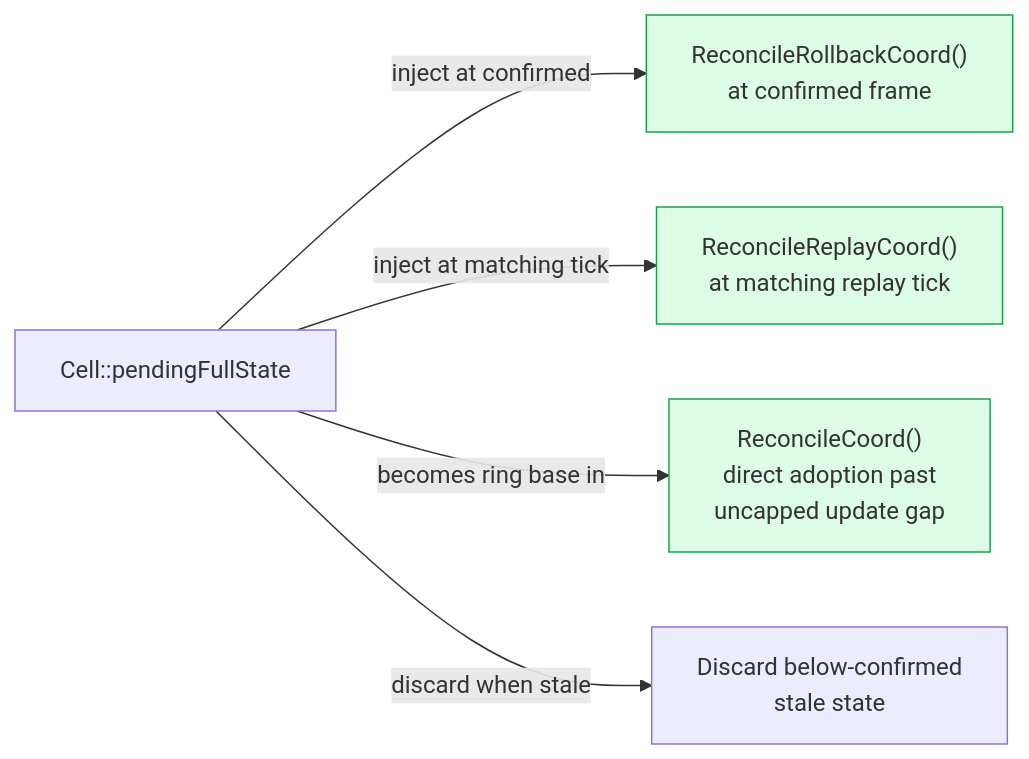
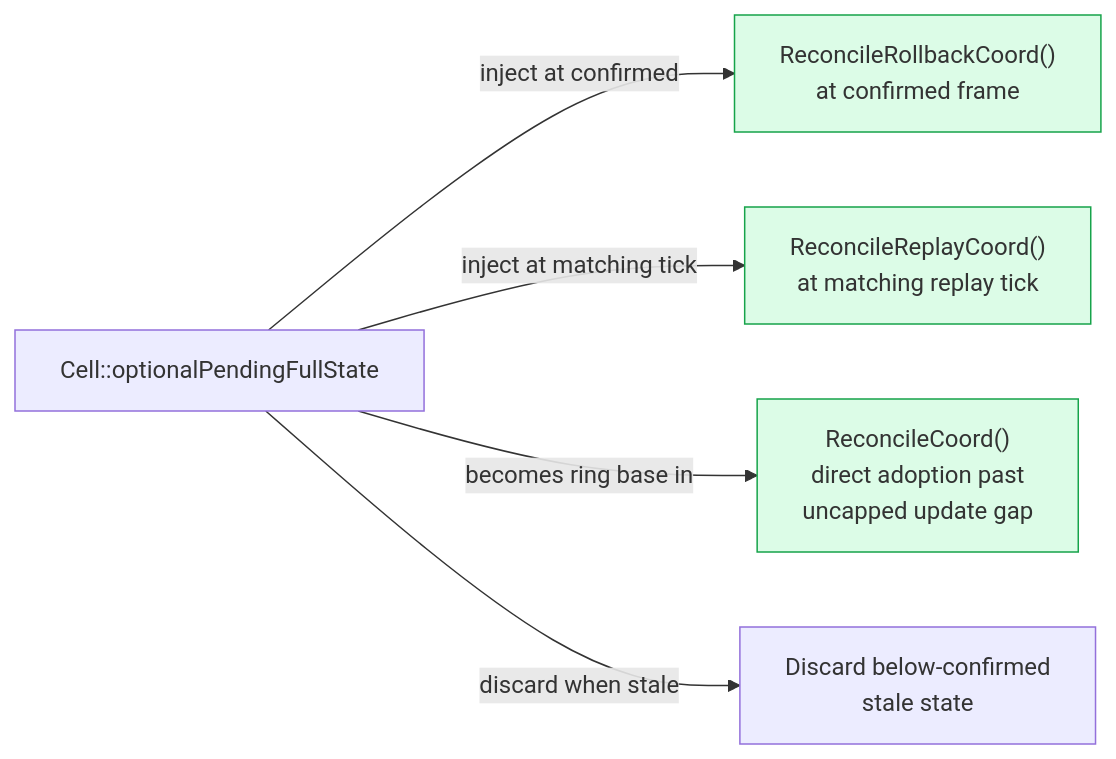
One commit to DougTanner/BrokenEngine changed the second of 5 diagrams in Documents/Architecture/GameReconciliation.md. Above: the diagram before and after it, drawn with Mermaid. The commit also changed 90 other files, not shown here.

````diff
--- a/Documents/Architecture/GameReconciliation.md
+++ b/Documents/Architecture/GameReconciliation.md
@@ -68,17 +68,17 @@
 ```mermaid
 %%{init: {'theme': 'default'}}%%
 flowchart LR
     classDef injection fill:#dcfce7,stroke:#16a34a
 
-    PFS["Cell::pendingFullState"]
+    PFS["Cell::optionalPendingFullState"]
 
     PRE["ReconcileRollbackCoord()<br/>at confirmed frame"]:::injection
     MAIN["ReconcileReplayCoord()<br/>at matching replay tick"]:::injection
     GAP["ReconcileCoord()<br/>direct adoption past<br/>uncapped update gap"]:::injection
     STALE["Discard below-confirmed<br/>stale state"]
 
     PFS -->|"inject at confirmed"| PRE
     PFS -->|"inject at matching tick"| MAIN
     PFS -->|"becomes ring base in"| GAP
     PFS -->|"discard when stale"| STALE
 ```
````
